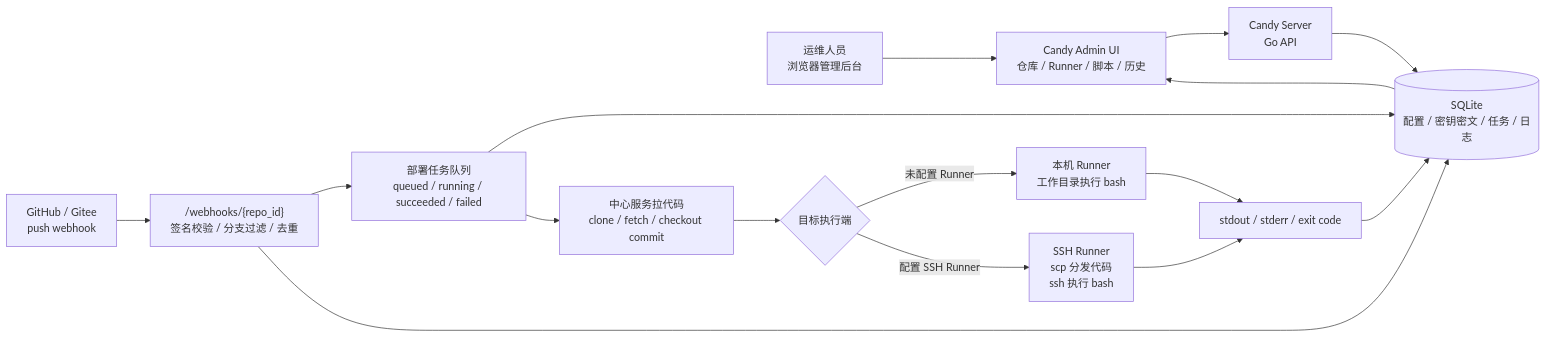
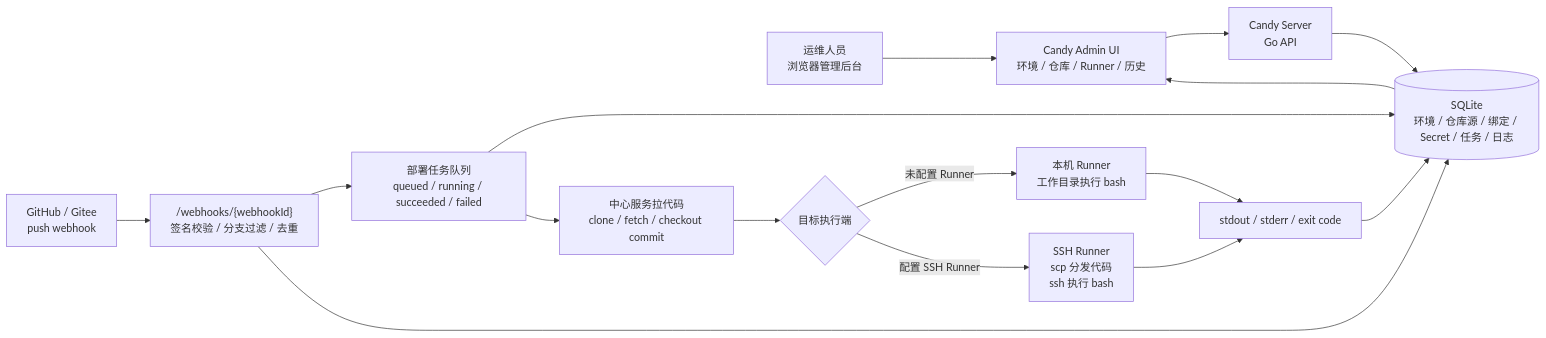
The diagram in README.zh.md (chenjihu/Candy), drawn with Mermaid before and after one commit. The commit also changed other lines of this file and 26 other files, not shown here.

````diff
--- a/README.zh.md
+++ b/README.zh.md
@@ -39,21 +41,21 @@
 ```mermaid
 flowchart LR
-    admin["运维人员<br/>浏览器管理后台"] --> ui["Candy Admin UI<br/>仓库 / Runner / 脚本 / 历史"]
+    admin["运维人员<br/>浏览器管理后台"] --> ui["Candy Admin UI<br/>环境 / 仓库 / Runner / 历史"]
     ui --> api["Candy Server<br/>Go API"]
 
-    github["GitHub / Gitee<br/>push webhook"] --> webhook["/webhooks/{repo_id}<br/>签名校验 / 分支过滤 / 去重"]
+    github["GitHub / Gitee<br/>push webhook"] --> webhook["/webhooks/{webhookId}<br/>签名校验 / 分支过滤 / 去重"]
     webhook --> queue["部署任务队列<br/>queued / running / succeeded / failed"]
-    api --> db[("SQLite<br/>配置 / 密钥密文 / 任务 / 日志")]
+    api --> db[("SQLite<br/>环境 / 仓库源 / 绑定 / Secret / 任务 / 日志")]
     webhook --> db
     queue --> db
 
     queue --> git["中心服务拉代码<br/>clone / fetch / checkout commit"]
     git --> local{"目标执行端"}
     local -->|未配置 Runner| localRunner["本机 Runner<br/>工作目录执行 bash"]
     local -->|配置 SSH Runner| sshRunner["SSH Runner<br/>scp 分发代码<br/>ssh 执行 bash"]
 
     localRunner --> result["stdout / stderr / exit code"]
     sshRunner --> result
     result --> db
     db --> ui
 ```
````
